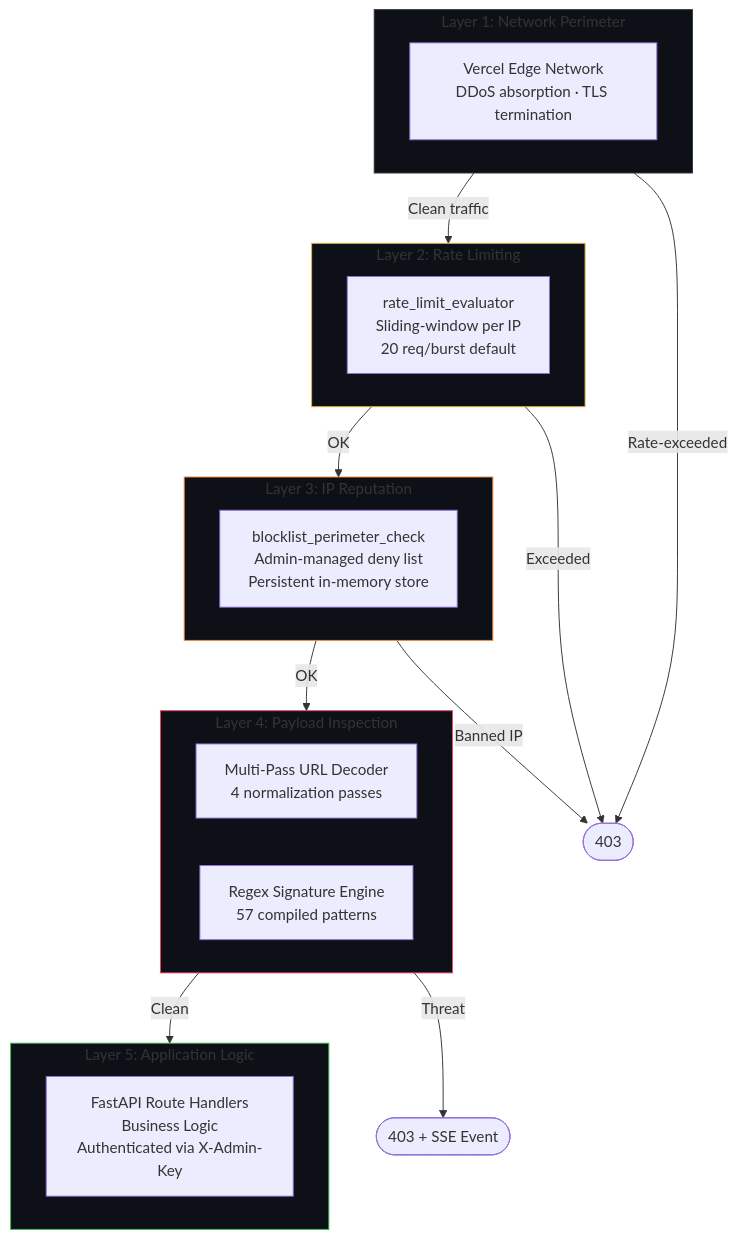
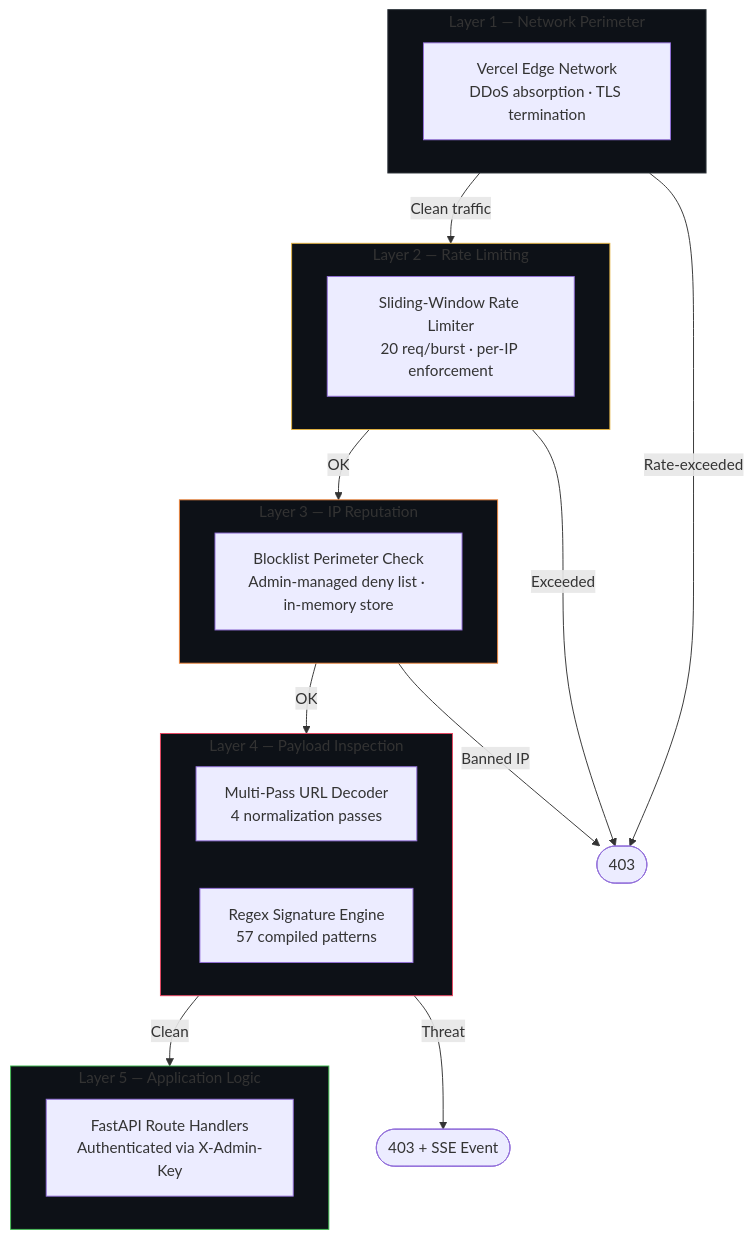
One commit to obstinix/outloop-waf changed the third of 10 diagrams in README.md. Above: the diagram before and after it, drawn with Mermaid. The commit also changed other lines of this file, not shown here.

````diff
--- a/README.md
+++ b/README.md
@@ -366,38 +227,38 @@
 ```mermaid
 flowchart TD
-    subgraph LAYER1["Layer 1: Network Perimeter"]
+    subgraph LAYER1["Layer 1 — Network Perimeter"]
         VCL[Vercel Edge Network\nDDoS absorption · TLS termination]
     end
 
-    subgraph LAYER2["Layer 2: Rate Limiting"]
-        RL[rate_limit_evaluator\nSliding-window per IP\n20 req/burst default]
+    subgraph LAYER2["Layer 2 — Rate Limiting"]
+        RL[Sliding-Window Rate Limiter\n20 req/burst · per-IP enforcement]
     end
 
-    subgraph LAYER3["Layer 3: IP Reputation"]
-        BL[blocklist_perimeter_check\nAdmin-managed deny list\nPersistent in-memory store]
+    subgraph LAYER3["Layer 3 — IP Reputation"]
+        BL[Blocklist Perimeter Check\nAdmin-managed deny list · in-memory store]
     end
 
-    subgraph LAYER4["Layer 4: Payload Inspection"]
+    subgraph LAYER4["Layer 4 — Payload Inspection"]
         DEC[Multi-Pass URL Decoder\n4 normalization passes]
         REG[Regex Signature Engine\n57 compiled patterns]
     end
 
-    subgraph LAYER5["Layer 5: Application Logic"]
-        APP[FastAPI Route Handlers\nBusiness Logic\nAuthenticated via X-Admin-Key]
+    subgraph LAYER5["Layer 5 — Application Logic"]
+        APP[FastAPI Route Handlers\nAuthenticated via X-Admin-Key]
     end
 
     LAYER1 -->|Clean traffic| LAYER2
     LAYER1 -->|Rate-exceeded| BLOCK1([403])
     LAYER2 -->|OK| LAYER3
     LAYER2 -->|Exceeded| BLOCK1
     LAYER3 -->|OK| LAYER4
     LAYER3 -->|Banned IP| BLOCK1
     LAYER4 -->|Clean| LAYER5
     LAYER4 -->|Threat| BLOCK2([403 + SSE Event])
 
     style LAYER1 fill:#0d1117,stroke:#30363d
     style LAYER2 fill:#0d1117,stroke:#e3b341
     style LAYER3 fill:#0d1117,stroke:#f0883e
     style LAYER4 fill:#0d1117,stroke:#e94560
     style LAYER5 fill:#0d1117,stroke:#3fb950
 ```
````
